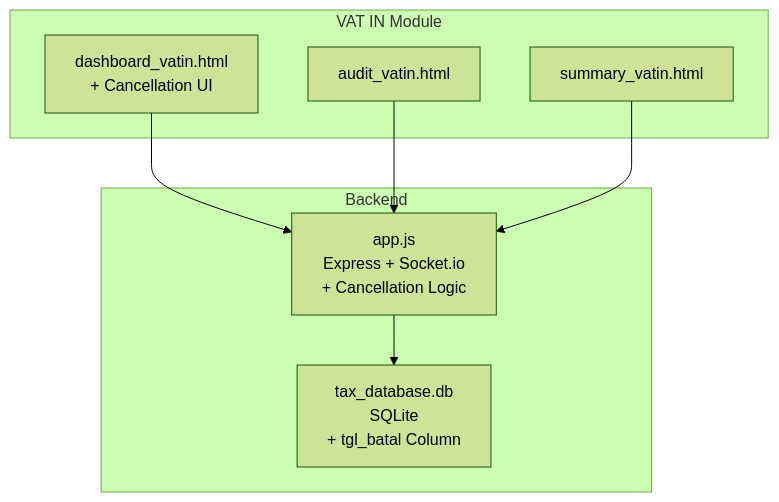
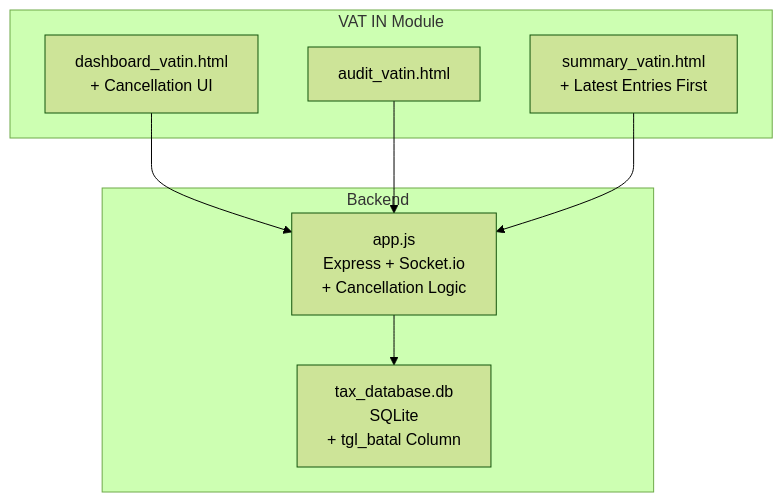
One commit to rendisiagian/TDS_by_RENDISIAGIAN changed the first of 6 diagrams in .qoder/repowiki/en/content/VAT Management System/VAT Input (VAT IN).md. Above: the diagram before and after it, drawn with Mermaid (forest theme). The commit also changed other lines of this file and 13 other files, not shown here.

````diff
--- a/.qoder/repowiki/en/content/VAT Management System/VAT Input (VAT IN).md
+++ b/.qoder/repowiki/en/content/VAT Management System/VAT Input (VAT IN).md
@@ -43,16 +44,16 @@
 ```mermaid
 graph TB
 subgraph "VAT IN Module"
 A["dashboard_vatin.html<br/>+ Cancellation UI"]
 B["audit_vatin.html"]
-C["summary_vatin.html"]
+C["summary_vatin.html<br/>+ Latest Entries First"]
 end
 subgraph "Backend"
 D["app.js<br/>Express + Socket.io<br/>+ Cancellation Logic"]
 E["tax_database.db<br/>SQLite<br/>+ tgl_batal Column"]
 end
 A --> D
 B --> D
 C --> D
 D --> E
 ```
````
